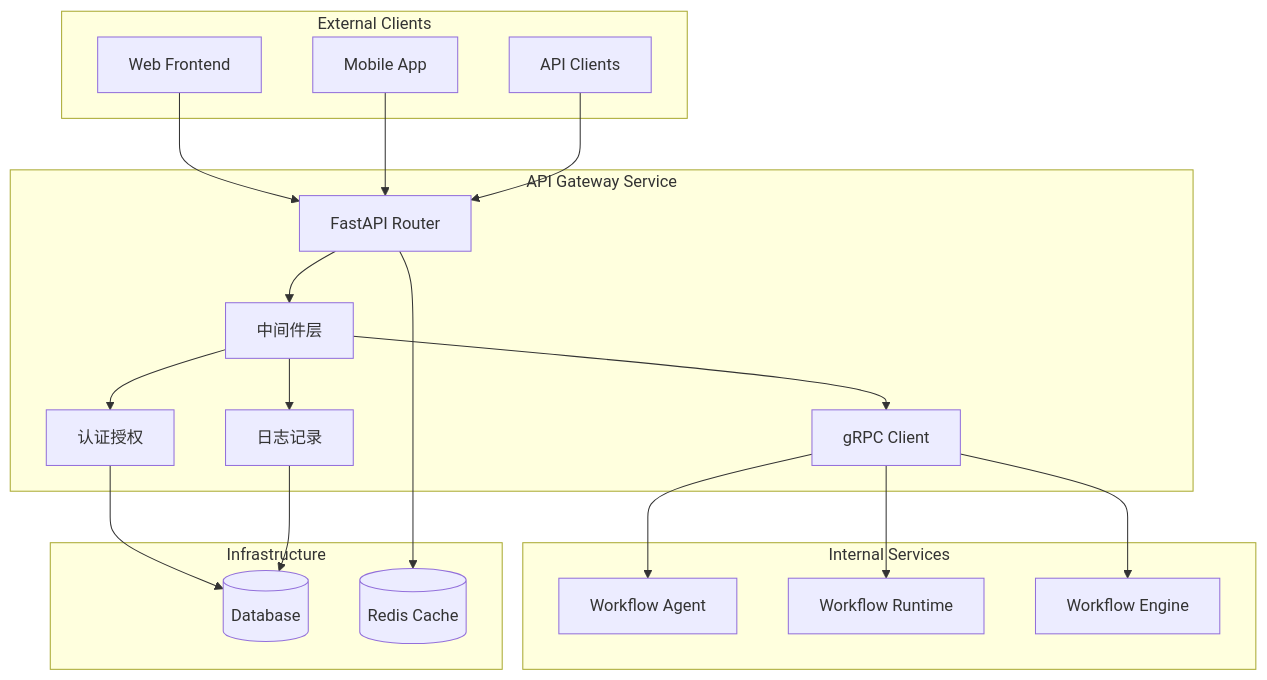
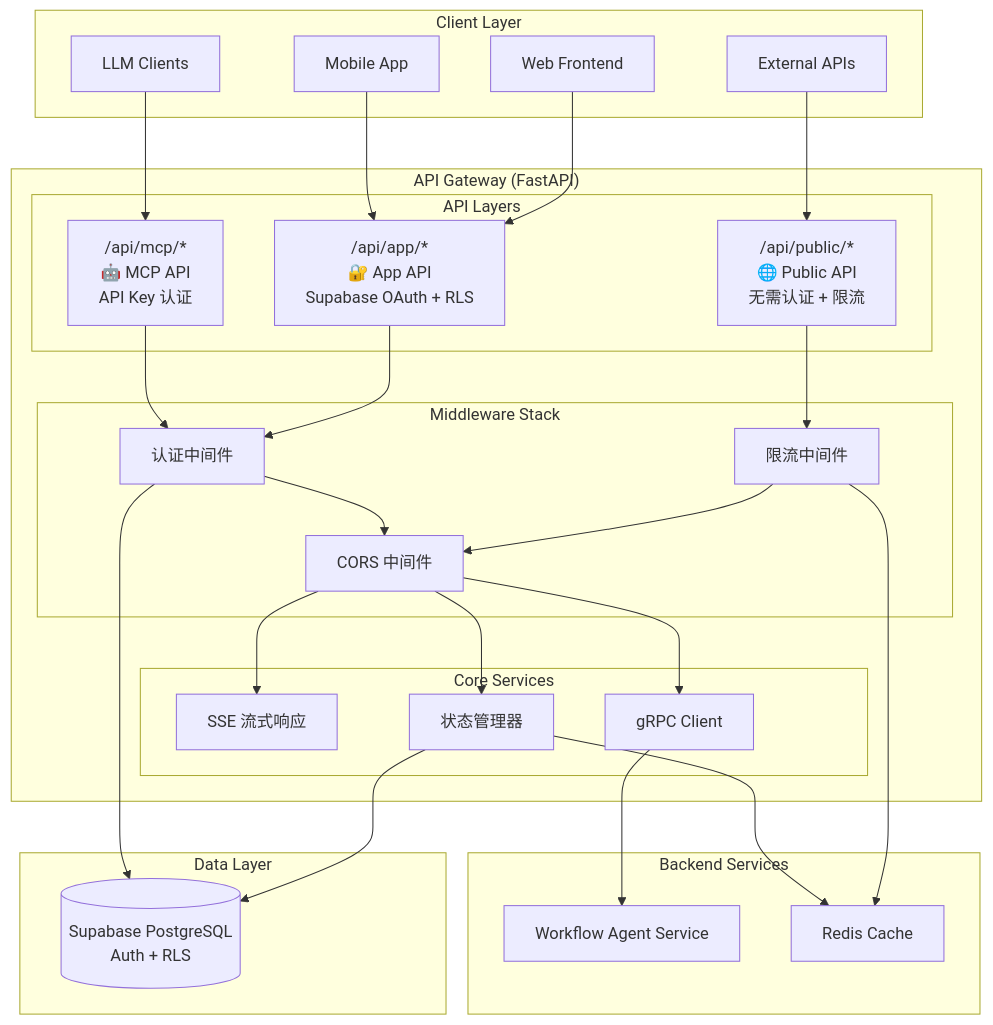
Before and after one commit to CurvatureX/agent_team_monorepo: the first of 2 diagrams in docs/tech-design/api-gateway-architecture.md, drawn with Mermaid. The commit also changed other lines of this file and 10 other files, not shown here.

First line of the commit message:
Complete three-layer API architecture restructuring

````diff
--- a/docs/tech-design/api-gateway-architecture.md
+++ b/docs/tech-design/api-gateway-architecture.md
@@ -17,44 +17,66 @@
 ```mermaid
 graph TB
-    subgraph "External Clients"
+    subgraph "Client Layer"
         WEB[Web Frontend]
         MOBILE[Mobile App]
-        API_CLIENT[API Clients]
+        LLM[LLM Clients]
+        EXTERNAL[External APIs]
     end
 
-    subgraph "API Gateway Service"
-        ROUTER[FastAPI Router]
-        MIDDLEWARE[中间件层]
-        GRPC_CLIENT[gRPC Client]
-        AUTH[认证授权]
-        LOGGING[日志记录]
+    subgraph "API Gateway (FastAPI)"
+        subgraph "API Layers"
+            PUBLIC_API["/api/public/*<br/>🌐 Public API<br/>无需认证 + 限流"]
+            APP_API["/api/app/*<br/>🔐 App API<br/>Supabase OAuth + RLS"]
+            MCP_API["/api/mcp/*<br/>🤖 MCP API<br/>API Key 认证"]
+        end
+
+        subgraph "Middleware Stack"
+            RATE_LIMIT[限流中间件]
+            AUTH_MIDDLEWARE[认证中间件]
+            CORS_MIDDLEWARE[CORS 中间件]
+        end
+
+        subgraph "Core Services"
+            SSE[SSE 流式响应]
+            GRPC_CLIENT[gRPC Client]
+            STATE_MANAGER[状态管理器]
+        end
     end
 
-    subgraph "Internal Services"
-        WORKFLOW_AGENT[Workflow Agent]
-        WORKFLOW_RUNTIME[Workflow Runtime]
-        WORKFLOW_ENGINE[Workflow Engine]
+    subgraph "Backend Services"
+        WORKFLOW_AGENT[Workflow Agent Service]
+        CACHE_SERVICE[Redis Cache]
     end
 
-    subgraph "Infrastructure"
-        DB[(Database)]
-        CACHE[(Redis Cache)]
+    subgraph "Data Layer"
+        SUPABASE[(Supabase PostgreSQL<br/>Auth + RLS)]
     end
 
-    WEB --> ROUTER
-    MOBILE --> ROUTER
-    API_CLIENT --> ROUTER
+    %% Client connections
+    WEB --> APP_API
+    MOBILE --> APP_API
+    LLM --> MCP_API
+    EXTERNAL --> PUBLIC_API
 
-    ROUTER --> MIDDLEWARE
-    MIDDLEWARE --> AUTH
-    MIDDLEWARE --> LOGGING
-    MIDDLEWARE --> GRPC_CLIENT
+    %% Middleware flow
+    PUBLIC_API --> RATE_LIMIT
+    APP_API --> AUTH_MIDDLEWARE
+    MCP_API --> AUTH_MIDDLEWARE
 
+    RATE_LIMIT --> CORS_MIDDLEWARE
+    AUTH_MIDDLEWARE --> CORS_MIDDLEWARE
+
+    %% Core service connections
+    CORS_MIDDLEWARE --> SSE
+    CORS_MIDDLEWARE --> GRPC_CLIENT
+    CORS_MIDDLEWARE --> STATE_MANAGER
+
+    %% Backend connections
     GRPC_CLIENT --> WORKFLOW_AGENT
-    GRPC_CLIENT --> WORKFLOW_RUNTIME
-    GRPC_CLIENT --> WORKFLOW_ENGINE
+    STATE_MANAGER --> SUPABASE
+    AUTH_MIDDLEWARE --> SUPABASE
 
-    AUTH --> DB
-    LOGGING --> DB
-    ROUTER --> CACHE
+    %% Cache connections
+    RATE_LIMIT --> CACHE_SERVICE
+    STATE_MANAGER --> CACHE_SERVICE
 ```
````
